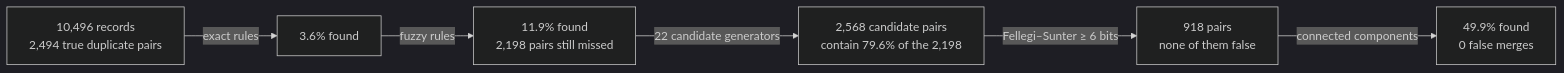
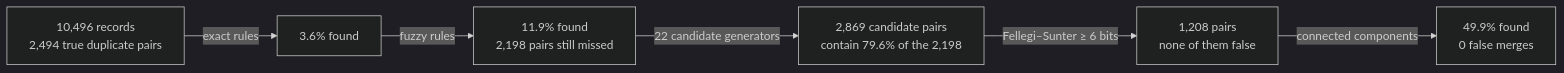
One commit to mvsbm/entity_matching changed the diagram in docs/guide/01-entity-resolution-and-our-task.md. Above: the diagram before and after it, drawn with Mermaid (dark theme). The commit also changed other lines of this file and 49 other files, not shown here.

````diff
--- a/docs/guide/01-entity-resolution-and-our-task.md
+++ b/docs/guide/01-entity-resolution-and-our-task.md
@@ -111,8 +111,8 @@
 ```mermaid
 flowchart LR
   A["10,496 records<br/>2,494 true duplicate pairs"] -->|"exact rules"| B["3.6% found"]
   B -->|"fuzzy rules"| C["11.9% found<br/>2,198 pairs still missed"]
-  C -->|"22 candidate generators"| D["2,568 candidate pairs<br/>contain 79.6% of the 2,198"]
-  D -->|"Fellegi–Sunter ≥ 6 bits"| E["918 pairs<br/>none of them false"]
+  C -->|"22 candidate generators"| D["2,869 candidate pairs<br/>contain 79.6% of the 2,198"]
+  D -->|"Fellegi–Sunter ≥ 6 bits"| E["1,208 pairs<br/>none of them false"]
   E -->|"connected components"| F["49.9% found<br/>0 false merges"]
 ```
````
